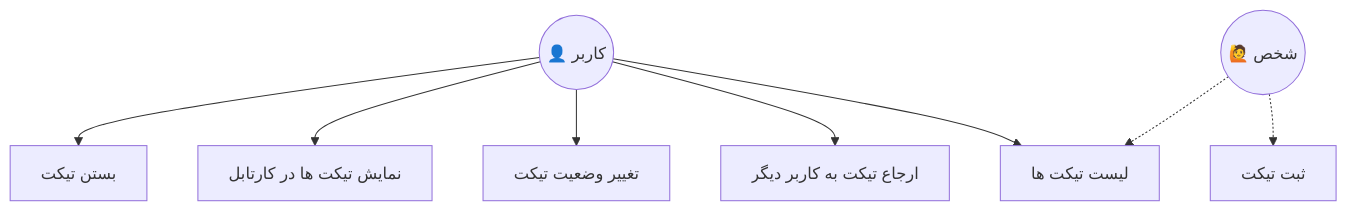
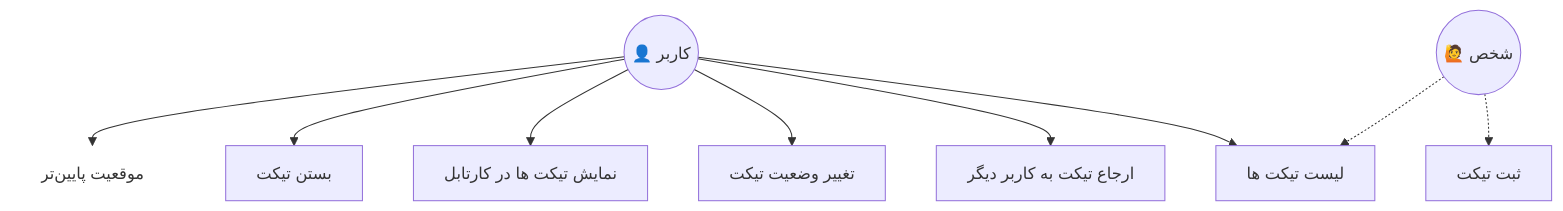
One commit to samadelmakchi/blogs changed the diagram in ticketing.md. Above: the diagram before and after it, drawn with Mermaid.

````diff
--- a/ticketing.md
+++ b/ticketing.md
@@ -52,26 +52,29 @@
 ```mermaid
 
 graph TD
 
   %% actors
   actor1((👤 کاربر))
   actor2((🙋 شخص))
 
   %% use cases
   UC1[ثبت تیکت]
   UC2[لیست تیکت ها]
   UC3[ارجاع تیکت به کاربر دیگر]
   UC4[تغییر وضعیت تیکت]
   UC5[نمایش تیکت ها در کارتابل]
   UC6[بستن تیکت]
 
   actor2 -.-> UC1
   actor2 -.-> UC2
 
   actor1 --> UC2
   actor1 --> UC3
   actor1 --> UC4
   actor1 --> UC5
   actor1 --> UC6
 
+  %% جایگاه پایین برای مدیر سیستم
+  actor1 --> Z[موقعیت پایین‌تر]
+  style Z fill:transparent, stroke:transparent
 ```
````
